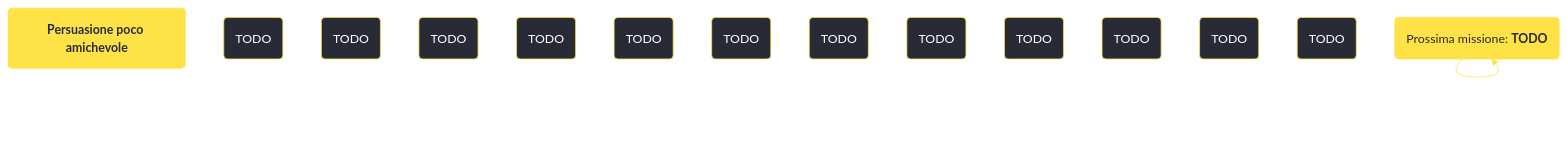
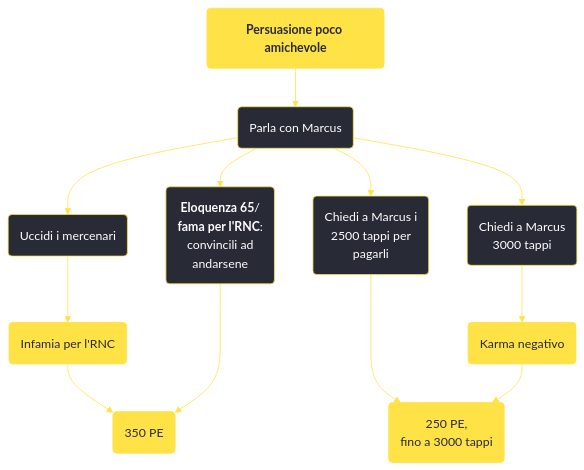
Before and after one commit to persy/wastelander: the diagram in content/voci/fallout new vegas/missioni/Persuasione poco amichevole.md, drawn with Mermaid. The commit also changed 174 other files, not shown here.

````diff
--- a/content/voci/fallout new vegas/missioni/Persuasione poco amichevole.md
+++ b/content/voci/fallout new vegas/missioni/Persuasione poco amichevole.md
@@ -32,24 +32,26 @@
 ```mermaid
 %%{init: {'theme': 'base', 'themeVariables': { 'primaryColor': '#282a36', 'primaryBorderColor': '#ffe245', 'primaryTextColor': '#fff', 'lineColor': '#ffe245', 'fontFamily': 'Jura'}}}%%
 graph TD;
     id1(<b>Persuasione poco amichevole</b>):::questfnv
-    id2(TODO)
-    id3(TODO)
-    id4(TODO)
-    id5(TODO)
-    id6(TODO)
-    id7(TODO) 
-    id8(TODO)
-    id9(TODO)
-    id10(TODO)
-    id11(TODO)
-    id12(TODO)
-    id13(TODO) 
-    id(TODO):::rewardfnv
-    id(Prossima missione: <b>TODO</b>):::questfnv
-    id-->id-->id-->id-->id-->id-->id
+    id2(Parla con Marcus)
+    id3(Uccidi i mercenari)
+    id4(<b>Eloquenza 65</b>/<br /><b>fama per l'RNC</b>: <br />convincili ad <br />andarsene)
+    id5(Chiedi a Marcus i <br />2500 tappi per <br />pagarli)
+    id6(Chiedi a Marcus <br />3000 tappi)
+    id7(Infamia per l'RNC):::rewardfnv
+    id8(Karma negativo):::rewardfnv
+    id9(350 PE):::rewardfnv
+    id10(250 PE, <br />fino a 3000 tappi):::rewardfnv
+
+    id1-->id2-->id3 & id4 & id5 & id6
+    id3-->id7
+    id6-->id8
+    id7-->id9 
+    id4--->id9
+    id5--->id10 
+    id8-->id10
     
-    click id "../TODO"
+    
     classDef rewardfnv fill:#ffe245, stroke:#ffe245, color:#282a36;
     classDef questfnv fill:#ffe245, stroke:#ffe245, color:#282a36;
 ```
````
